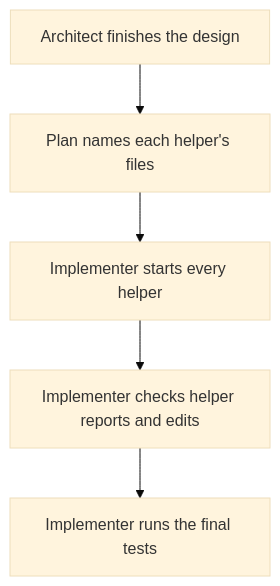
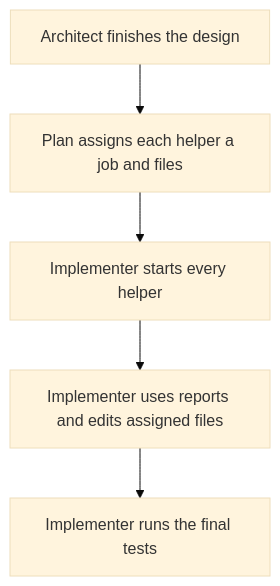
One commit to SBU-COSMOLIKE/emulators_code_v2 changed the fourth of 8 diagrams in ai/README.md. Above: the diagram before and after it, drawn with Mermaid (base theme). The commit also changed other lines of this file and 1 other file, not shown here.

Commit message:
Simplify finished-plan introduction

````diff
--- a/ai/README.md
+++ b/ai/README.md
@@ -555,7 +558,7 @@
 ```mermaid
 flowchart TD
-    A["Architect finishes the design"] --> H["Plan names each helper's files"]
+    A["Architect finishes the design"] --> H["Plan assigns each helper a job and files"]
     H --> S["Implementer starts every helper"]
-    S --> I["Implementer checks helper reports and edits"]
+    S --> I["Implementer uses reports and edits assigned files"]
     I --> V["Implementer runs the final tests"]
 ```
````
